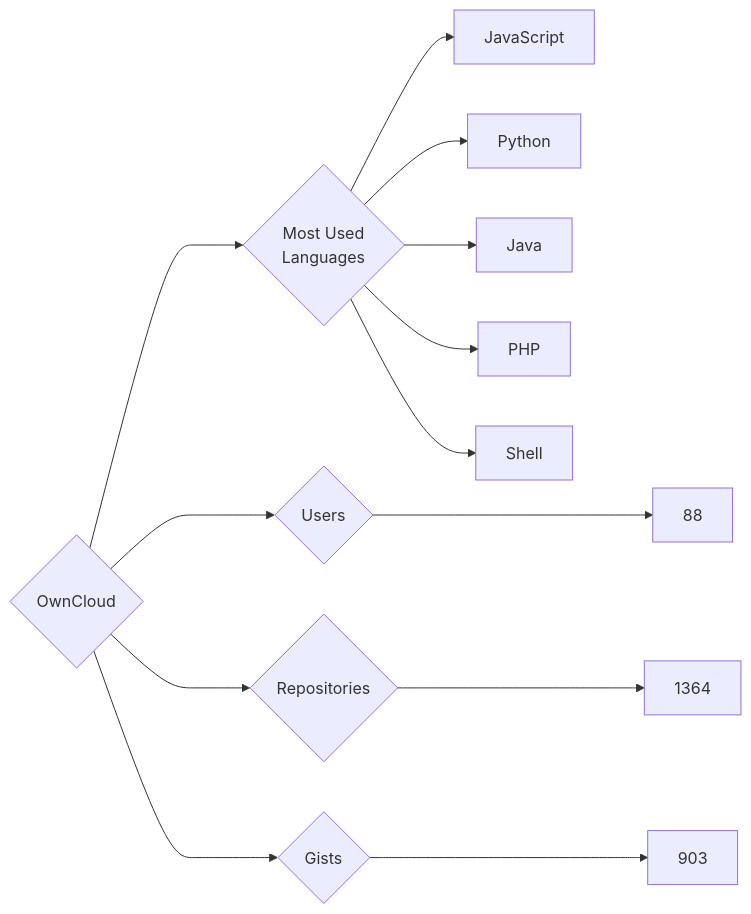
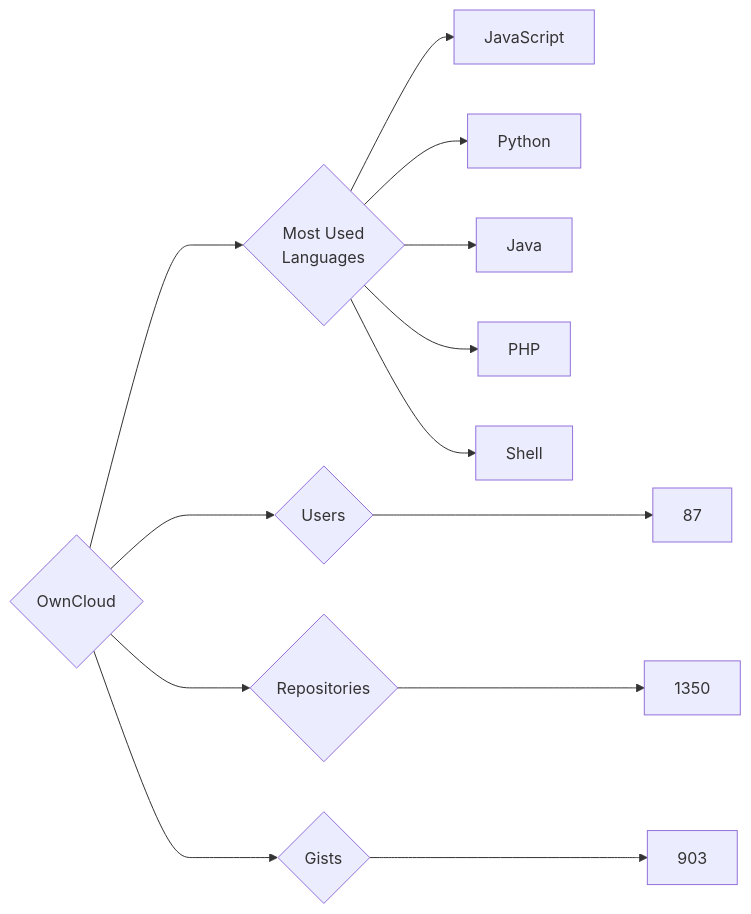
One commit to trickest/insiders changed the diagram in targets/OwnCloud/README.md. Above: the diagram before and after it, drawn with Mermaid. The commit also changed 725 other files, not shown here.

````diff
--- a/targets/OwnCloud/README.md
+++ b/targets/OwnCloud/README.md
@@ -3,13 +3,13 @@
 ```mermaid
 graph LR
 COMPANY_NAME{OwnCloud}
-COMPANY_NAME ---> U{Users} ---> UN[88]
-COMPANY_NAME ---> R{Repositories} ---> RN[1364]
+COMPANY_NAME ---> U{Users} ---> UN[87]
+COMPANY_NAME ---> R{Repositories} ---> RN[1350]
 COMPANY_NAME ---> G{Gists} ---> GN[903]
 COMPANY_NAME ---> ML{Most Used<br>Languages}
 ML --> JavaScript[JavaScript]
 ML --> Python[Python]
 ML --> Java[Java]
 ML --> PHP[PHP]
 ML --> Shell[Shell]
 ```
````
